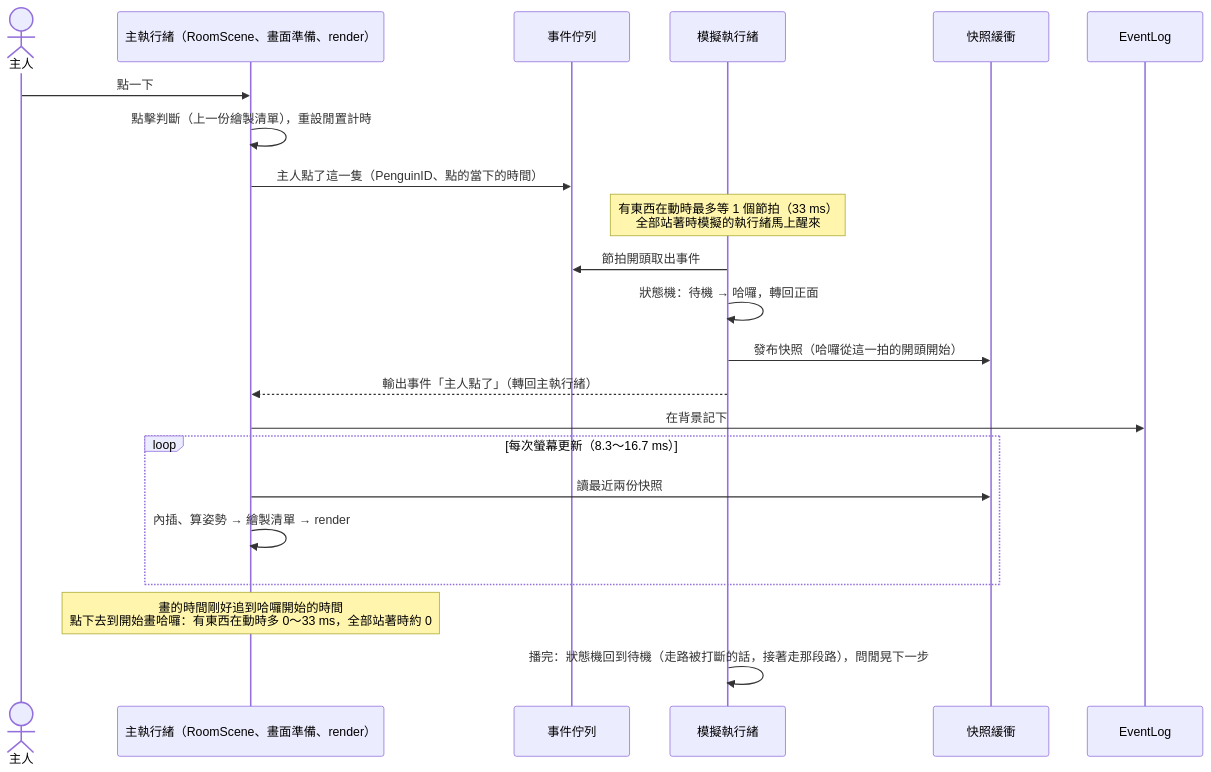
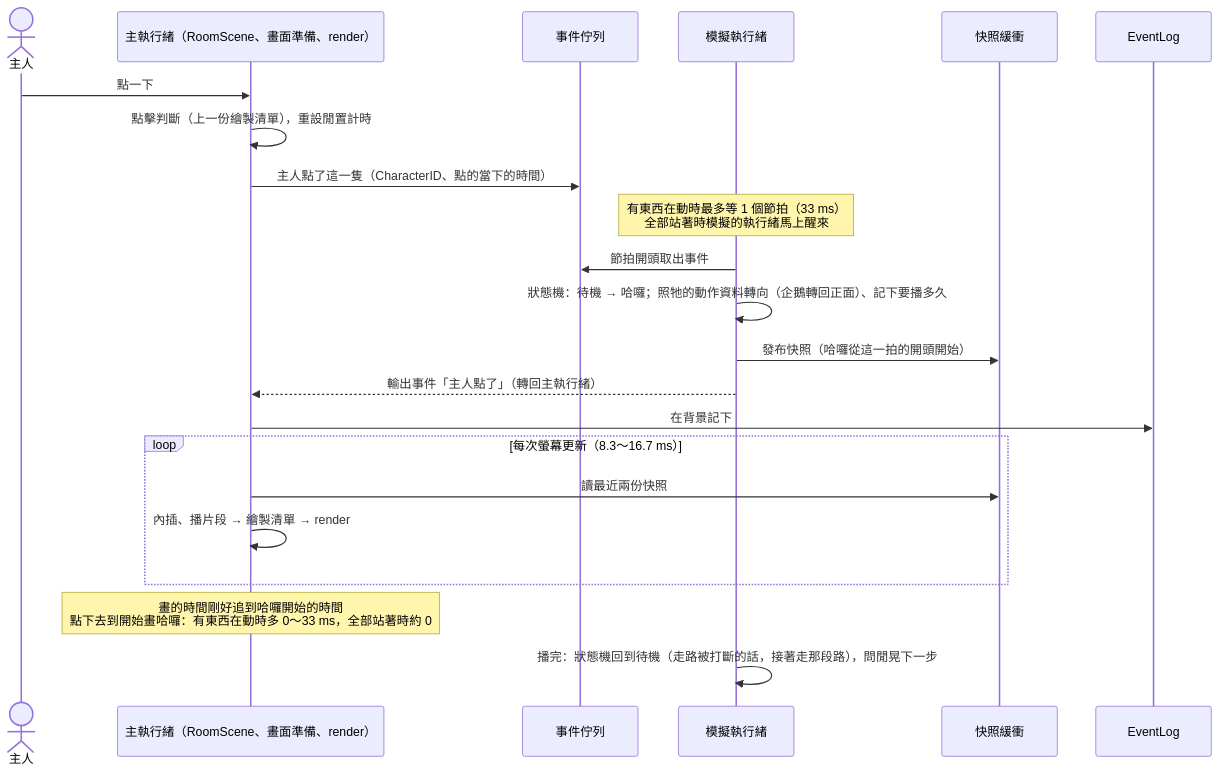
The sixth of 8 diagrams in docs/code-map.md (CBHeng/penguin-family), drawn with Mermaid before and after one commit. The commit also changed other lines of this file and 59 other files, not shown here.

````diff
--- a/docs/code-map.md
+++ b/docs/code-map.md
@@ -341,25 +383,25 @@
 ```mermaid
 sequenceDiagram
     actor Owner as 主人
     participant Main as 主執行緒（RoomScene、畫面準備、render）
     participant Q as 事件佇列
     participant Sim as 模擬執行緒
     participant Snap as 快照緩衝
     participant Log as EventLog
 
     Owner->>Main: 點一下
     Main->>Main: 點擊判斷（上一份繪製清單），重設閒置計時
-    Main->>Q: 主人點了這一隻（PenguinID、點的當下的時間）
+    Main->>Q: 主人點了這一隻（CharacterID、點的當下的時間）
     Note over Sim: 有東西在動時最多等 1 個節拍（33 ms）<br/>全部站著時模擬的執行緒馬上醒來
     Sim->>Q: 節拍開頭取出事件
-    Sim->>Sim: 狀態機：待機 → 哈囉，轉回正面
+    Sim->>Sim: 狀態機：待機 → 哈囉；照牠的動作資料轉向（企鵝轉回正面）、記下要播多久
     Sim->>Snap: 發布快照（哈囉從這一拍的開頭開始）
     Sim-->>Main: 輸出事件「主人點了」（轉回主執行緒）
     Main->>Log: 在背景記下
     loop 每次螢幕更新（8.3～16.7 ms）
         Main->>Snap: 讀最近兩份快照
-        Main->>Main: 內插、算姿勢 → 繪製清單 → render
+        Main->>Main: 內插、播片段 → 繪製清單 → render
     end
     Note over Main: 畫的時間剛好追到哈囉開始的時間<br/>點下去到開始畫哈囉：有東西在動時多 0～33 ms，全部站著時約 0
     Sim->>Sim: 播完：狀態機回到待機（走路被打斷的話，接著走那段路），問閒晃下一步
 ```
````
